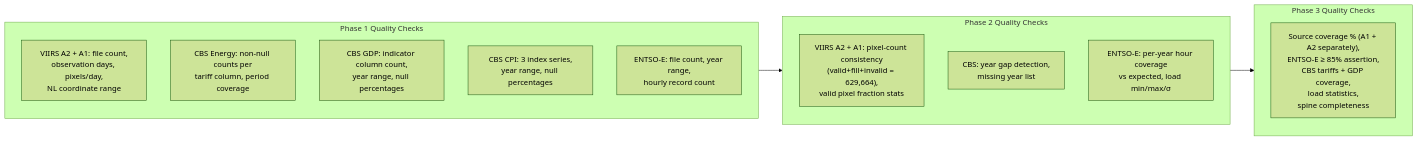
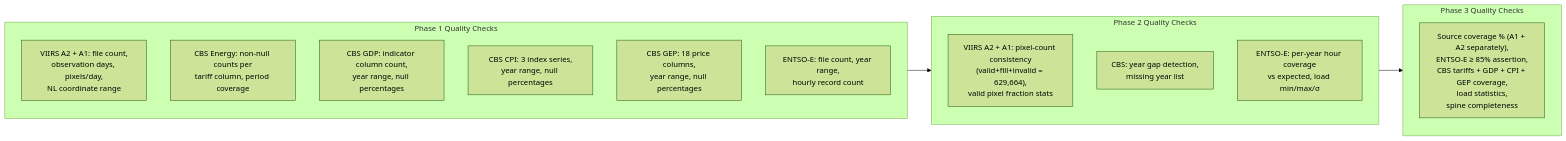
One commit to malakkhan/energy-demand-forecast-nl changed the third of 3 diagrams in pipeline_architecture.md. Above: the diagram before and after it, drawn with Mermaid (forest theme). The commit also changed other lines of this file and 12 other files, not shown here.

````diff
--- a/pipeline_architecture.md
+++ b/pipeline_architecture.md
@@ -518,20 +558,21 @@
 ```mermaid
 flowchart LR
     subgraph P1_QC["Phase 1 Quality Checks"]
         Q1A["VIIRS A2 + A1: file count,\nobservation days, pixels/day,\nNL coordinate range"]
         Q1B["CBS Energy: non-null counts per\ntariff column, period coverage"]
         Q1C["CBS GDP: indicator column count,\nyear range, null percentages"]
         Q1D["CBS CPI: 3 index series,\nyear range, null percentages"]
-        Q1E["ENTSO-E: file count, year range,\nhourly record count"]
+        Q1E["CBS GEP: 18 price columns,\nyear range, null percentages"]
+        Q1F["ENTSO-E: file count, year range,\nhourly record count"]
     end
     subgraph P2_QC["Phase 2 Quality Checks"]
         Q2A["VIIRS A2 + A1: pixel-count consistency\n(valid+fill+invalid = 629,664),\nvalid pixel fraction stats"]
         Q2B["CBS: year gap detection,\nmissing year list"]
         Q2C["ENTSO-E: per-year hour coverage\nvs expected, load min/max/σ"]
     end
     subgraph P3_QC["Phase 3 Quality Checks"]
-        Q3["Source coverage % (A1 + A2 separately),\nENTSO-E ≥ 85% assertion,\nCBS tariffs + GDP coverage,\nload statistics,\nspine completeness"]
+        Q3["Source coverage % (A1 + A2 separately),\nENTSO-E ≥ 85% assertion,\nCBS tariffs + GDP + CPI + GEP coverage,\nload statistics,\nspine completeness"]
     end
 
     P1_QC --> P2_QC --> P3_QC
 ```
````
